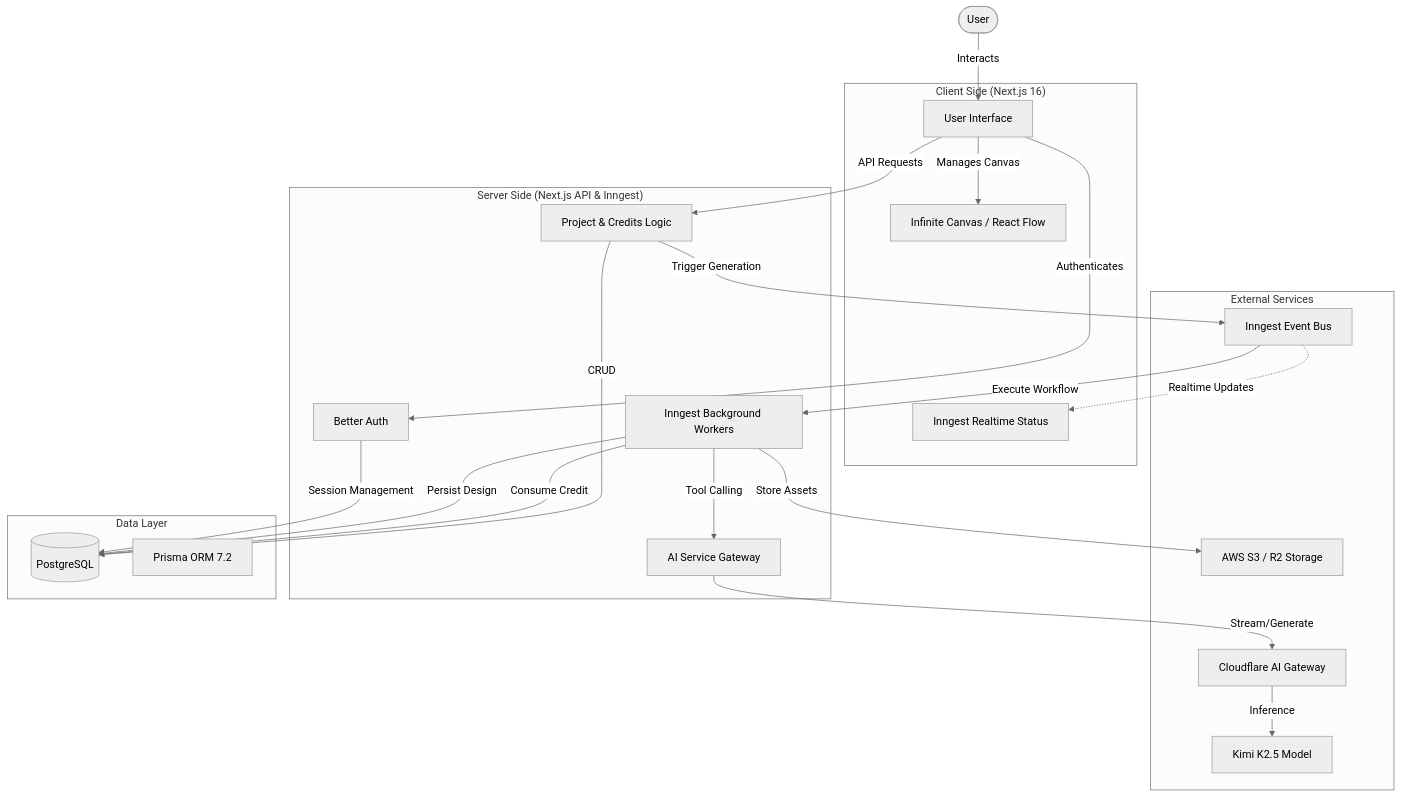
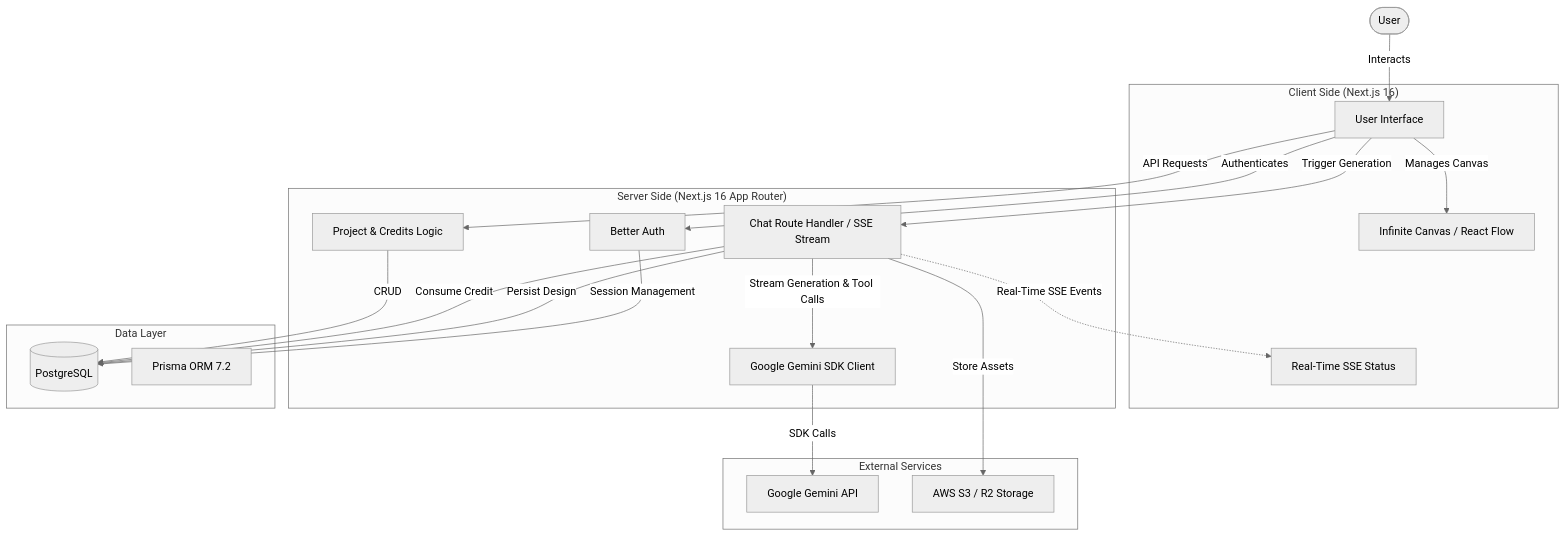
One commit to lwshakib/sketch-design-with-ai changed the diagram in README.md. Above: the diagram before and after it, drawn with Mermaid (neutral theme). The commit also changed other lines of this file and 3 other files, not shown here.

Commit message:
chore: clean up legacy Cloudflare and Kimi Inngest references

````diff
--- a/README.md
+++ b/README.md
@@ -26,48 +26,44 @@
 ```mermaid
 graph TD
     User([User])
     subgraph Client ["Client Side (Next.js 16)"]
         UI[User Interface]
         Canvas[Infinite Canvas / React Flow]
-        Realtime[Inngest Realtime Status]
+        Realtime[Real-Time SSE Status]
     end
 
-    subgraph Server ["Server Side (Next.js API & Inngest)"]
+    subgraph Server ["Server Side (Next.js 16 App Router)"]
         Auth[Better Auth]
-        InngestAPI[Inngest Background Workers]
+        ChatAPI[Chat Route Handler / SSE Stream]
         ProjectAPI[Project & Credits Logic]
-        AIService[AI Service Gateway]
+        GeminiClient[Google Gemini SDK Client]
     end
 
     subgraph Services ["External Services"]
-        Gateway[Cloudflare AI Gateway]
-        Kimi[Kimi K2.5 Model]
-        InngestCloud[Inngest Event Bus]
+        GeminiAPI[Google Gemini API]
         S3Storage[AWS S3 / R2 Storage]
     end
 
     subgraph Data ["Data Layer"]
         DB[(PostgreSQL)]
         Prisma[Prisma ORM 7.2]
     end
 
     User -->|Interacts| UI
     UI -->|Manages Canvas| Canvas
     UI -->|Authenticates| Auth
     UI -->|API Requests| ProjectAPI
 
-    InngestCloud -.->|Realtime Updates| Realtime
+    ChatAPI -.->|Real-Time SSE Events| Realtime
 
     ProjectAPI -->|CRUD| DB
-    ProjectAPI -->|Trigger Generation| InngestCloud
 
-    InngestCloud -->|Execute Workflow| InngestAPI
-    InngestAPI -->|Tool Calling| AIService
-    AIService -->|Stream/Generate| Gateway
-    Gateway -->|Inference| Kimi
-    InngestAPI -->|Consume Credit| DB
-    InngestAPI -->|Persist Design| DB
+    UI -->|Trigger Generation| ChatAPI
+    ChatAPI -->|Stream Generation & Tool Calls| GeminiClient
+    GeminiClient -->|SDK Calls| GeminiAPI
+    ChatAPI -->|Consume Credit| DB
+    ChatAPI -->|Persist Design| DB
 
     Auth -->|Session Management| DB
-    InngestAPI -->|Store Assets| S3Storage
+    ChatAPI -->|Store Assets| S3Storage
 ```
````
